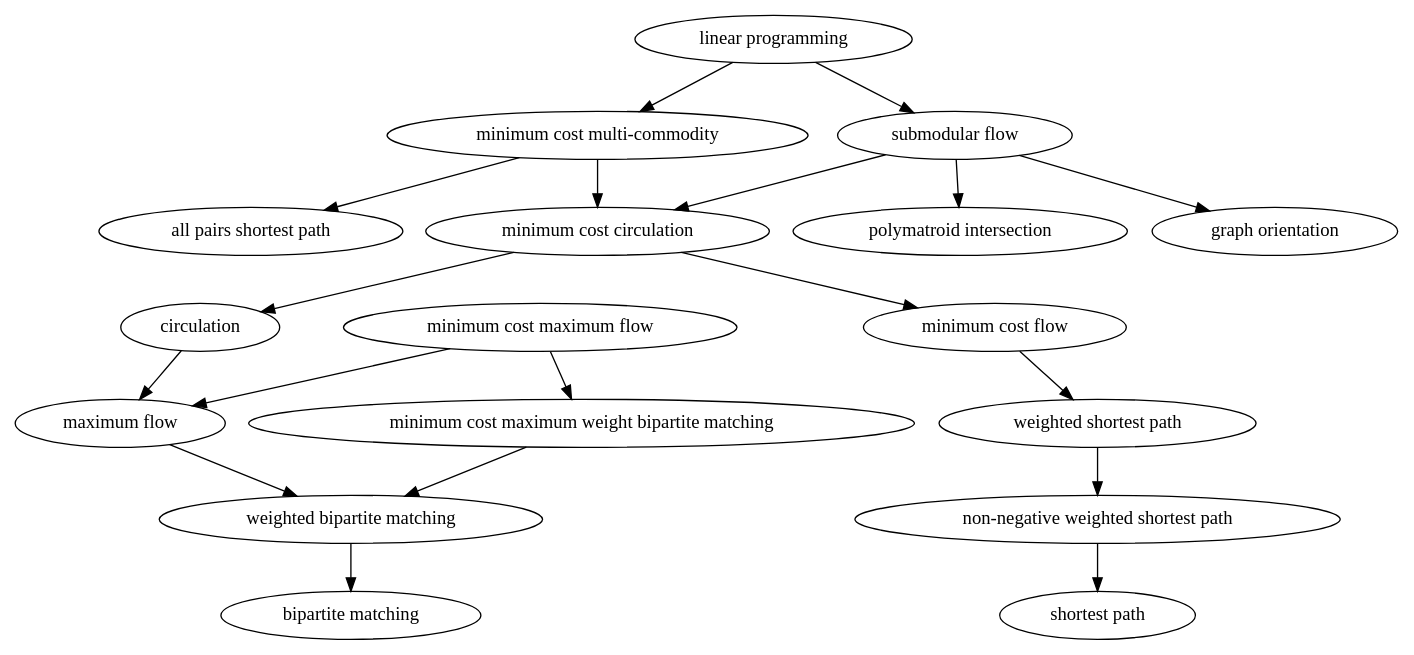
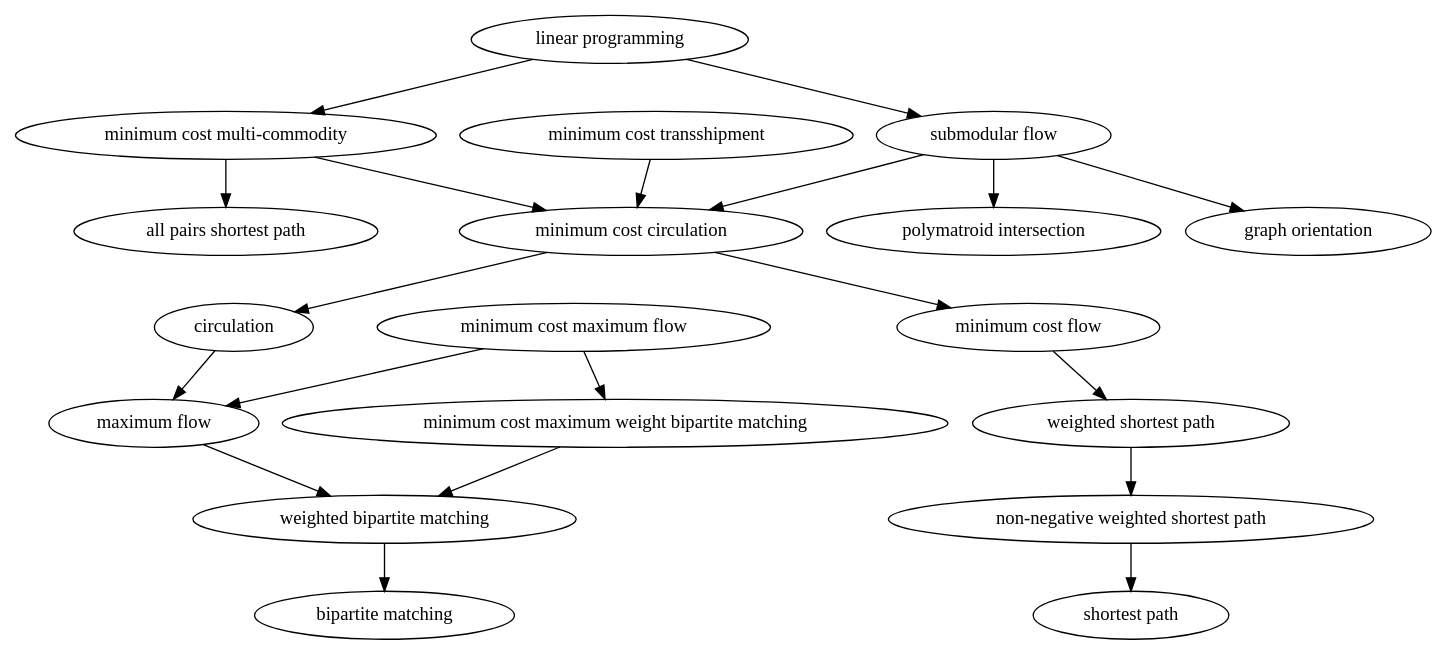
Before and after one commit to chaoxu/problems: the diagram in relation.dot, drawn with Graphviz. The commit also changed 5 other files, not shown here.

Commit message:
min-cost-trans

```diff
--- a/relation.dot
+++ b/relation.dot
@@ -1,39 +1,41 @@
 digraph {
   min_cost_multi_commodity_circulation [label="minimum cost multi-commodity"];
   min_cost_circulation [label="minimum cost circulation"];
   circulation [label="circulation"];
   max_flow [label="maximum flow"];
   weighted_bipartite_matching [label="weighted bipartite matching"];
   bipartite_matching [label="bipartite matching"];
   min_cost_max_flow [label="minimum cost maximum flow"];
   shortest_path_nonneg_weight [label="non-negative weighted shortest path"]
   shortest_path_weight [label="weighted shortest path"];
   shortest_path [label="shortest path"];
   min_cost_max_bipartite_matching [label="minimum cost maximum weight bipartite matching"];
   submodular_flow [label="submodular flow"];
   polymatroid_intersection [label="polymatroid intersection"];
   linear_programming [label="linear programming"];
   graph_orientation [label="graph orientation"];
   all_pairs_shortest_path [label="all pairs shortest path"];
   min_cost_flow [label="minimum cost flow"];
-  
+  min_cost_trans [label="minimum cost transshipment"];
+
+  min_cost_trans -> min_cost_circulation
   min_cost_multi_commodity_circulation -> min_cost_circulation
   min_cost_multi_commodity_circulation -> all_pairs_shortest_path
   min_cost_circulation -> circulation
   circulation -> max_flow
   max_flow -> weighted_bipartite_matching
   weighted_bipartite_matching -> bipartite_matching
   min_cost_max_flow -> max_flow;
   min_cost_max_flow -> min_cost_max_bipartite_matching;
   min_cost_max_bipartite_matching -> weighted_bipartite_matching;
   min_cost_circulation -> min_cost_flow;
   min_cost_flow -> shortest_path_weight;
   submodular_flow -> min_cost_circulation;
   submodular_flow -> polymatroid_intersection;
   linear_programming -> submodular_flow;
   linear_programming -> min_cost_multi_commodity_circulation;
   submodular_flow -> graph_orientation;
   
   shortest_path_weight -> shortest_path_nonneg_weight;
   shortest_path_nonneg_weight -> shortest_path;
 }
```
